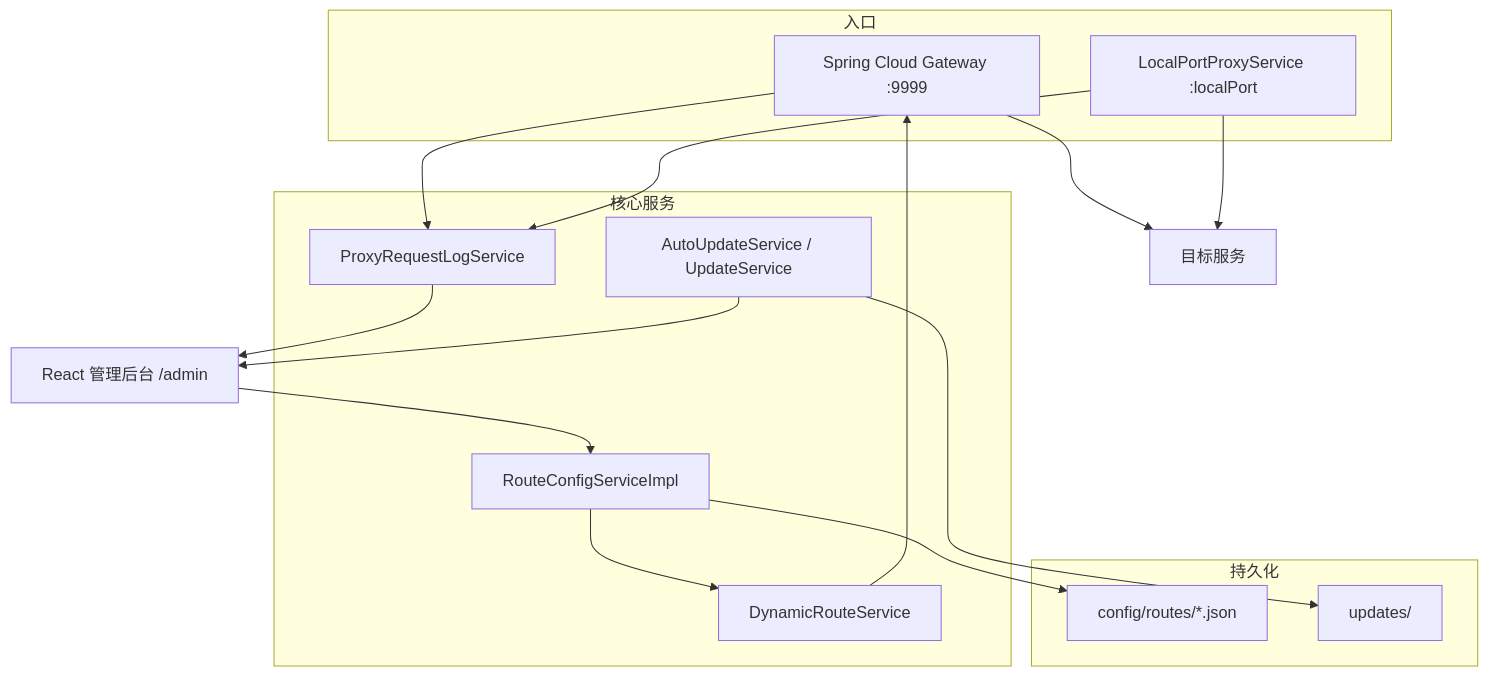
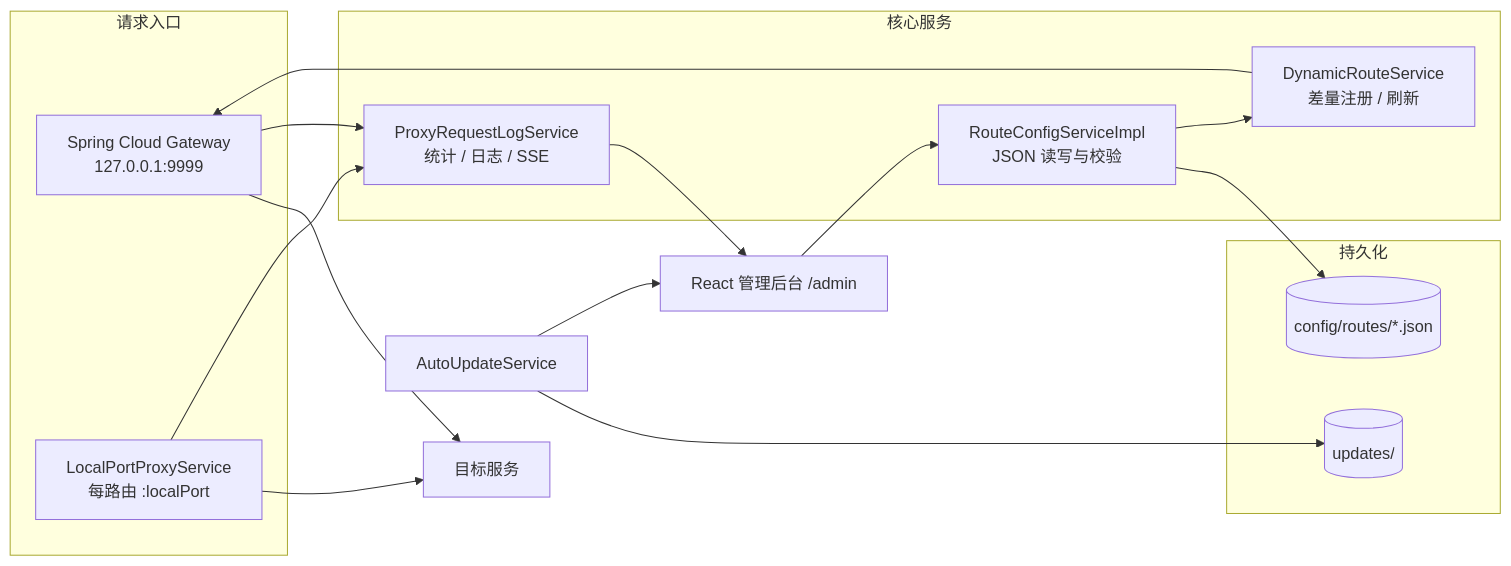
One commit to geek-xin/web-router changed the first of 2 diagrams in wiki/Architecture.md. Above: the diagram before and after it, drawn with Mermaid. The commit also changed other lines of this file and 10 other files, not shown here.

````diff
--- a/wiki/Architecture.md
+++ b/wiki/Architecture.md
@@ -14,28 +16,27 @@
 ```mermaid
-flowchart TB
-    subgraph Entry[入口]
-        GW["Spring Cloud Gateway :9999"]
-        LP["LocalPortProxyService :localPort"]
+flowchart LR
+    subgraph Entry[请求入口]
+        GW["Spring Cloud Gateway<br/>127.0.0.1:9999"]
+        LP["LocalPortProxyService<br/>每路由 :localPort"]
     end
     subgraph Core[核心服务]
-        DR["DynamicRouteService"]
-        RC["RouteConfigServiceImpl"]
-        PL["ProxyRequestLogService"]
-        AU["AutoUpdateService / UpdateService"]
+        DR["DynamicRouteService<br/>差量注册 / 刷新"]
+        RC["RouteConfigServiceImpl<br/>JSON 读写与校验"]
+        PL["ProxyRequestLogService<br/>统计 / 日志 / SSE"]
     end
     subgraph Store[持久化]
-        JSON["config/routes/*.json"]
-        UPD["updates/"]
+        JSON[("config/routes/*.json")]
+        UPD[("updates/")]
     end
     UI["React 管理后台 /admin"] --> RC
     RC --> JSON
     RC --> DR
     DR --> GW
     GW --> Target["目标服务"]
     LP --> Target
     GW --> PL
     LP --> PL
     PL --> UI
-    AU --> UPD
+    AU["AutoUpdateService"] --> UPD
     AU --> UI
 ```
````
